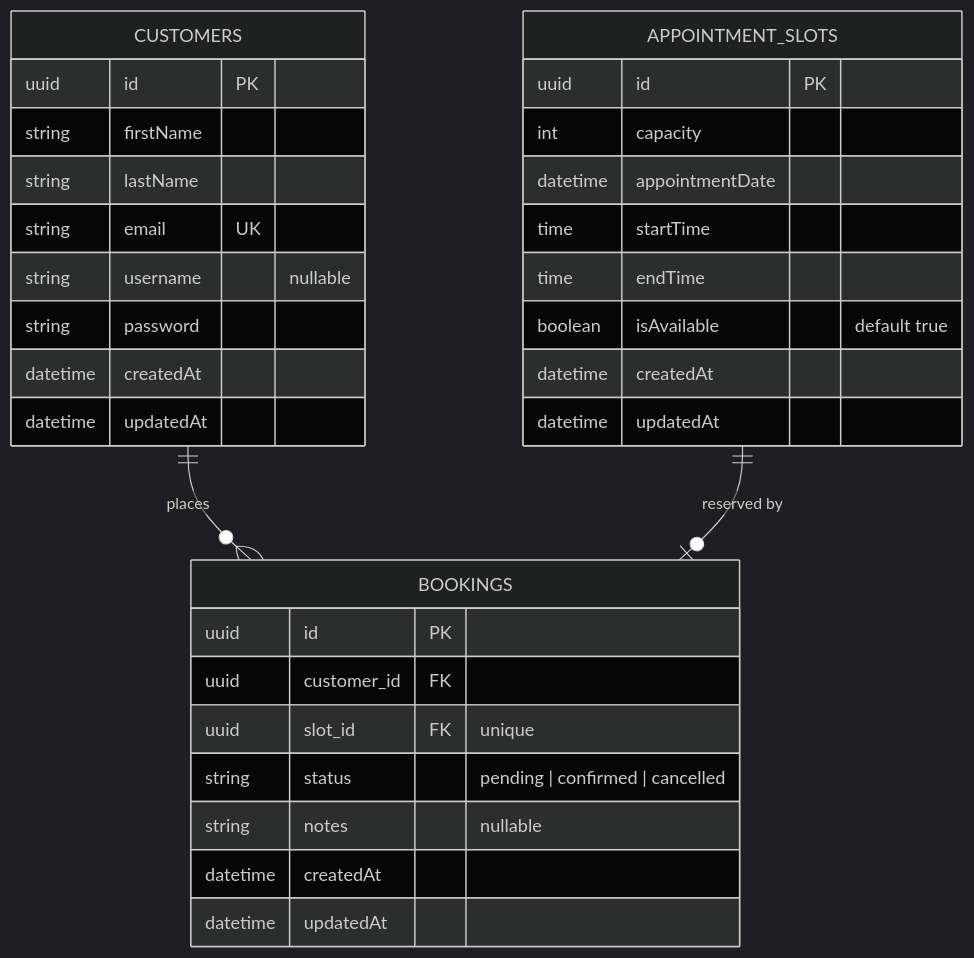
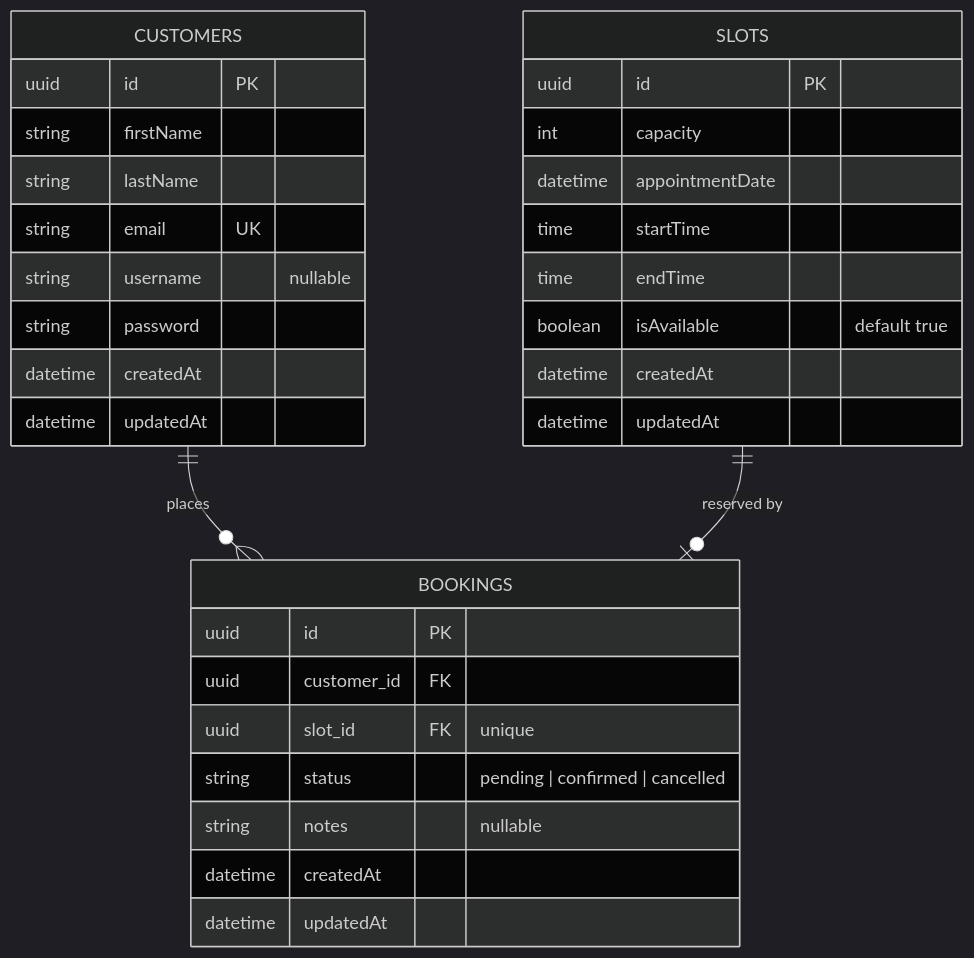
One commit to ebandebasfs/2-week-training-plan changed the diagram in deliverables/day1/README.md. Above: the diagram before and after it, drawn with Mermaid (dark theme). The commit also changed other lines of this file, not shown here.

````diff
--- a/deliverables/day1/README.md
+++ b/deliverables/day1/README.md
@@ -22,37 +22,37 @@
 ```mermaid
 erDiagram
     CUSTOMERS ||--o{ BOOKINGS : places
-    APPOINTMENT_SLOTS ||--o| BOOKINGS : "reserved by"
+    SLOTS ||--o| BOOKINGS : "reserved by"
 
     CUSTOMERS {
         uuid id PK
         string firstName
         string lastName
         string email UK
         string username "nullable"
         string password
         datetime createdAt
         datetime updatedAt
     }
 
-    APPOINTMENT_SLOTS {
+    SLOTS {
         uuid id PK
         int capacity
         datetime appointmentDate
         time startTime
         time endTime
         boolean isAvailable "default true"
         datetime createdAt
         datetime updatedAt
     }
 
     BOOKINGS {
         uuid id PK
         uuid customer_id FK
         uuid slot_id FK "unique"
         string status "pending | confirmed | cancelled"
         string notes "nullable"
         datetime createdAt
         datetime updatedAt
     }
 ```
````
